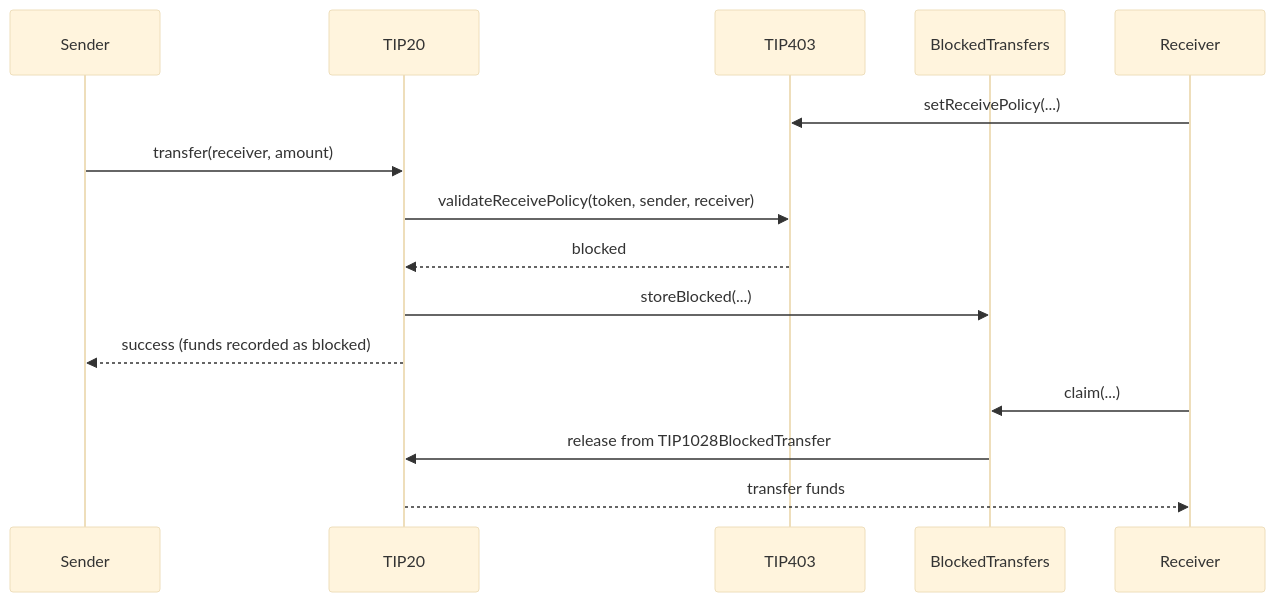
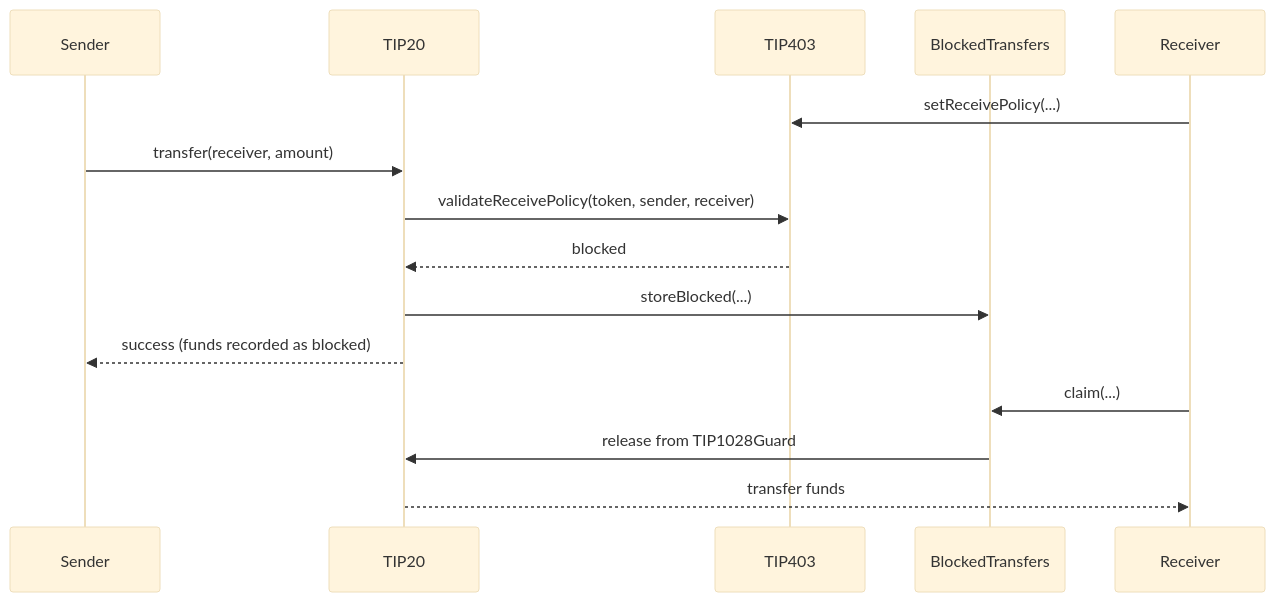
The first of 2 diagrams in tips/tip-1028.md (tempoxyz/tempo), drawn with Mermaid (base theme) before and after one commit. The commit also changed other lines of this file, not shown here.

Commit message:
docs(tip-1028): rename TIP1028BlockedTransfers to TIP1028Guard

````diff
--- a/tips/tip-1028.md
+++ b/tips/tip-1028.md
@@ -54,19 +54,19 @@
 ```mermaid
 sequenceDiagram
     participant Sender
     participant TIP20
     participant TIP403
     participant BlockedTransfers
     participant Receiver
 
     Receiver->>TIP403: setReceivePolicy(...)
     Sender->>TIP20: transfer(receiver, amount)
     TIP20->>TIP403: validateReceivePolicy(token, sender, receiver)
     TIP403-->>TIP20: blocked
     TIP20->>BlockedTransfers: storeBlocked(...)
     TIP20-->>Sender: success (funds recorded as blocked)
 
     Receiver->>BlockedTransfers: claim(...)
-    BlockedTransfers->>TIP20: release from TIP1028BlockedTransfer
+    BlockedTransfers->>TIP20: release from TIP1028Guard
     TIP20-->>Receiver: transfer funds
 ```
````
